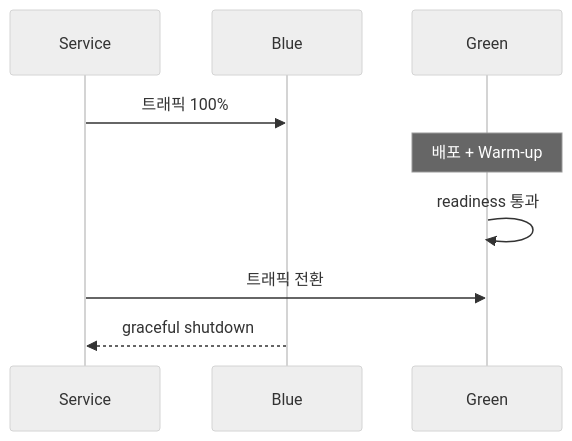
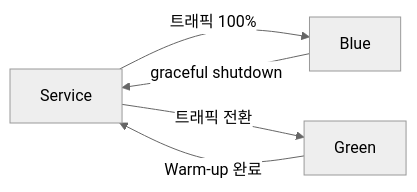
The fourth of 5 diagrams in _posts/cloud/2026-05-02-kubernetes-cold-start.md (yjkim2015/yjkim2015.github.io), drawn with Mermaid (neutral theme) before and after one commit. The commit also changed other lines of this file and 84 other files, not shown here.

First line of the commit message:
85개 포스트 Mermaid 다이어그램 규칙 일괄 수정

````diff
--- a/_posts/cloud/2026-05-02-kubernetes-cold-start.md
+++ b/_posts/cloud/2026-05-02-kubernetes-cold-start.md
@@ -434,11 +434,7 @@
 ```mermaid
-sequenceDiagram
-    participant S as Service
-    participant B as Blue
-    participant G as Green
-    S->>B: 트래픽 100%
-    Note over G: 배포 + Warm-up
-    G->>G: readiness 통과
-    S->>G: 트래픽 전환
-    B-->>S: graceful shutdown
+graph LR
+    SVC["Service"] -->|"트래픽 100%"| B["Blue"]
+    G["Green"] -->|"Warm-up 완료"| SVC
+    SVC -->|"트래픽 전환"| G
+    B -->|"graceful shutdown"| SVC
 ```
````
